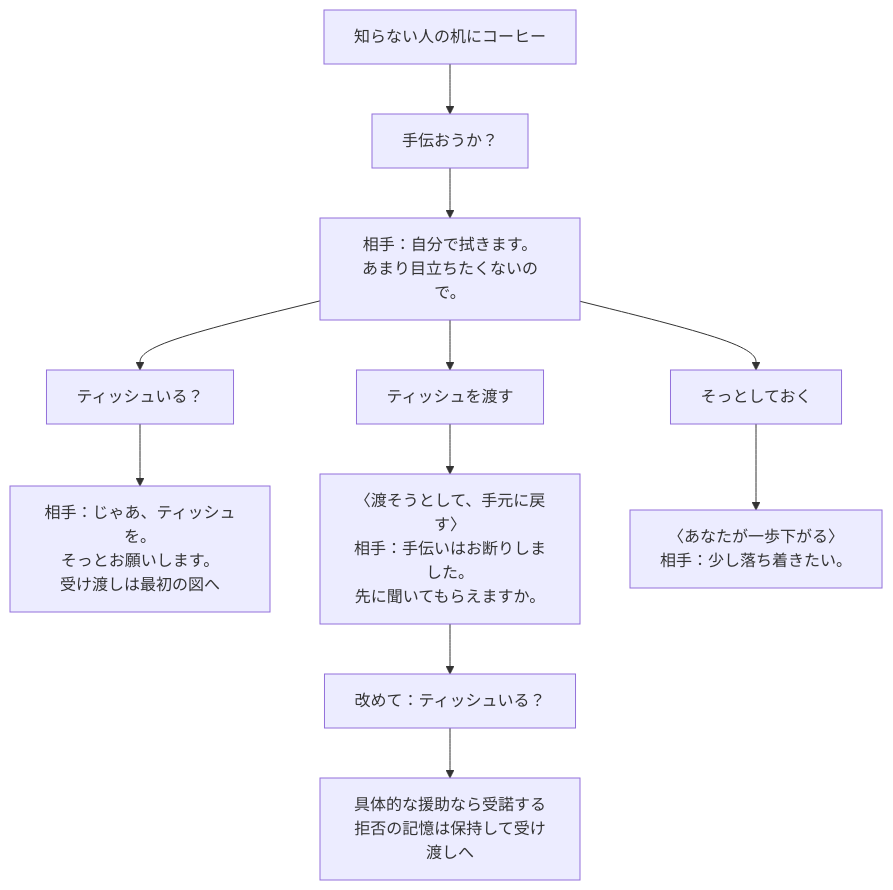
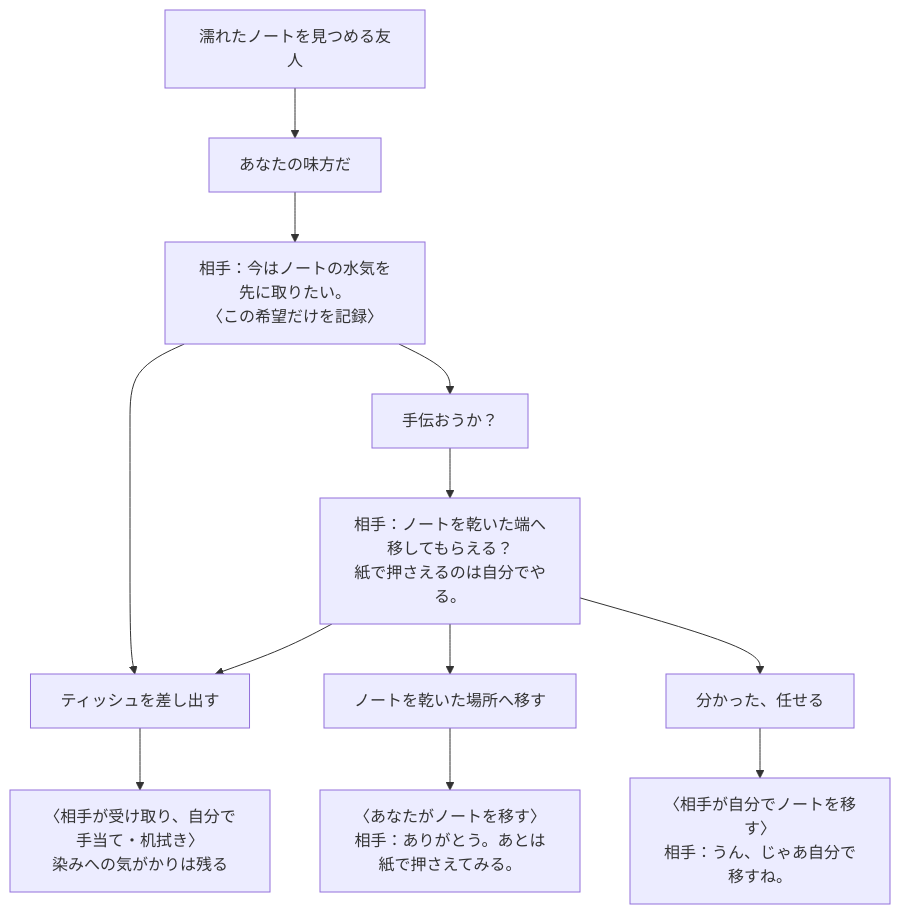
The second of 3 diagrams in docs/COFFEE_FLOW.md (shirai-masatomo/whitespace), drawn with Mermaid before and after one commit. The commit also changed other lines of this file and 12 other files, not shown here.

````diff
--- a/docs/COFFEE_FLOW.md
+++ b/docs/COFFEE_FLOW.md
@@ -55,13 +35,14 @@
 ```mermaid
 flowchart TB
-  start["知らない人の机にコーヒー"] --> help["手伝おうか？"]
-  help --> no["相手：自分で拭きます。<br/>あまり目立ちたくないので。"]
-  no --> specific["ティッシュいる？"]
-  no --> force["ティッシュを渡す"]
-  no --> space["そっとしておく"]
-  specific --> yes["相手：じゃあ、ティッシュを。<br/>そっとお願いします。<br/>受け渡しは最初の図へ"]
-  force --> stop["〈渡そうとして、手元に戻す〉<br/>相手：手伝いはお断りしました。<br/>先に聞いてもらえますか。"]
-  stop --> retry["改めて：ティッシュいる？"]
-  retry --> accepted["具体的な援助なら受諾する<br/>拒否の記憶は保持して受け渡しへ"]
-  space --> away["〈あなたが一歩下がる〉<br/>相手：少し落ち着きたい。"]
+  start["濡れたノートを見つめる友人"] --> support["あなたの味方だ"]
+  support --> wish["相手：今はノートの水気を先に取りたい。<br/>〈この希望だけを記録〉"]
+  wish --> paper["ティッシュを差し出す"]
+  paper --> care["〈相手が受け取り、自分で手当て・机拭き〉<br/>染みへの気がかりは残る"]
+  wish --> help["手伝おうか？"]
+  help --> request["相手：ノートを乾いた端へ移してもらえる？<br/>紙で押さえるのは自分でやる。"]
+  request --> move["ノートを乾いた場所へ移す"]
+  request --> entrust["分かった、任せる"]
+  request --> paper
+  move --> player["〈あなたがノートを移す〉<br/>相手：ありがとう。あとは紙で押さえてみる。"]
+  entrust --> owner["〈相手が自分でノートを移す〉<br/>相手：うん、じゃあ自分で移すね。"]
 ```
````
